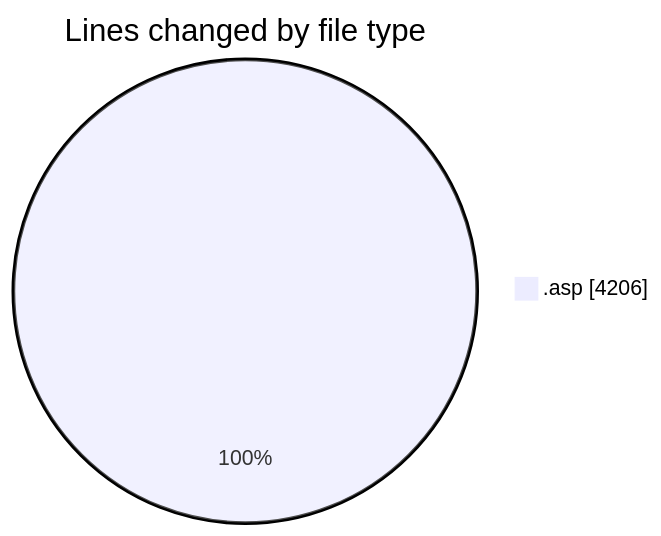
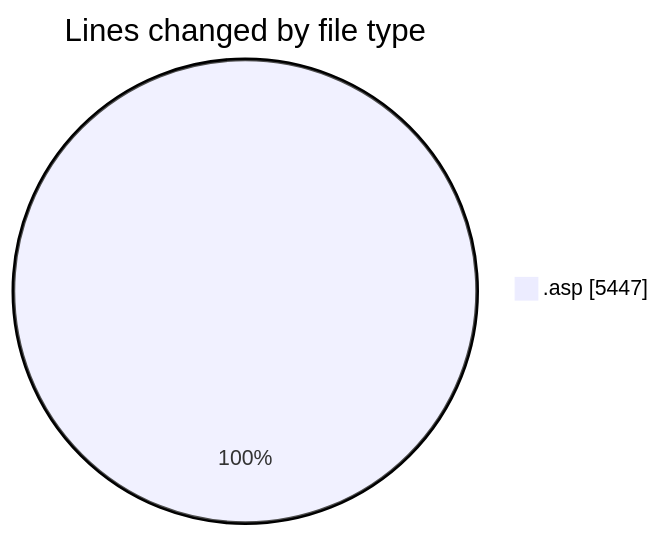
The first of 2 diagrams in 2025-11-04/cdp_aleoudev_fr__workspace_/README.md (julien-gomy/code-tracking), drawn with Mermaid before and after one commit. The commit also changed other lines of this file and 1 other file, not shown here.

````diff
--- a/2025-11-04/cdp_aleoudev_fr__workspace_/README.md
+++ b/2025-11-04/cdp_aleoudev_fr__workspace_/README.md
@@ -21,5 +22,5 @@
 ```mermaid
 pie showData
 title Lines changed by file type
-".asp" : 4206
+".asp" : 5447
 ```
````
